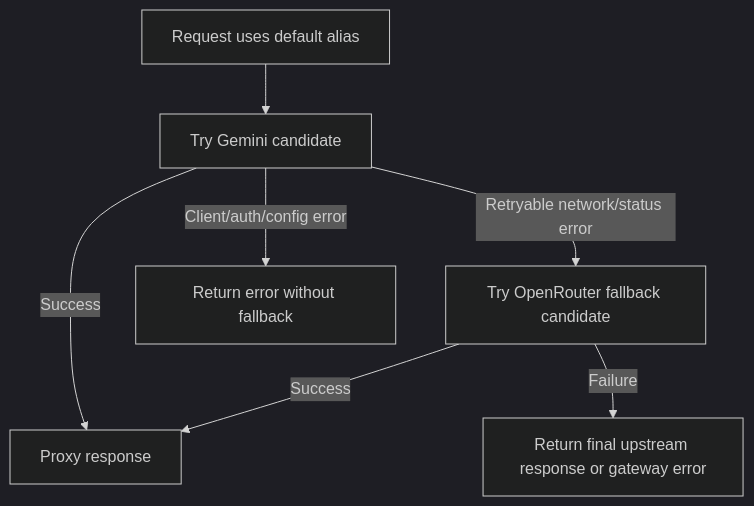
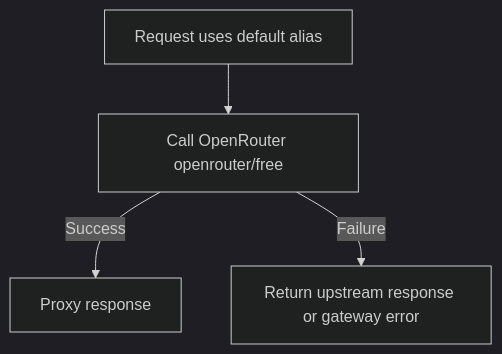
The fourth of 4 diagrams in README.md (JakuninOleg/Go-Ai), drawn with Mermaid (dark theme) before and after one commit. The commit also changed other lines of this file and 12 other files, not shown here.

Commit message:
fix: make default routing free-only

````diff
--- a/README.md
+++ b/README.md
@@ -319,9 +316,6 @@
 ```mermaid
 flowchart TD
-    Start[Request uses default alias] --> Primary[Try Gemini candidate]
-    Primary -->|Success| Return[Proxy response]
-    Primary -->|Retryable network/status error| Fallback[Try OpenRouter fallback candidate]
-    Primary -->|Client/auth/config error| Error[Return error without fallback]
-    Fallback -->|Success| Return
-    Fallback -->|Failure| Final[Return final upstream response or gateway error]
+    Start[Request uses default alias] --> Router[Call OpenRouter openrouter/free]
+    Router -->|Success| Return[Proxy response]
+    Router -->|Failure| Final[Return upstream response or gateway error]
 ```
````
